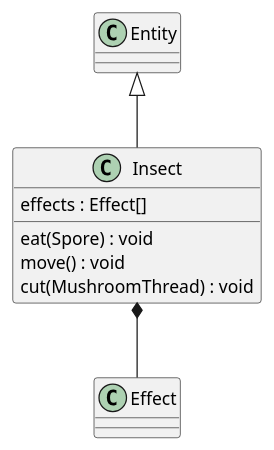
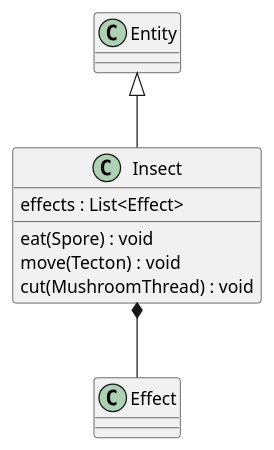
One commit to Petya-G/fungorium changed the diagram in 3/classes/insect.puml. Above: the diagram before and after it, drawn with PlantUML. The commit also changed 7 other files, not shown here.

```diff
--- a/3/classes/insect.puml
+++ b/3/classes/insect.puml
@@ -1,11 +1,11 @@
 @startuml insect
 
 Entity <|-- Insect
 Insect *-- Effect
 class Insect{
-    effects : Effect[]
+    effects : List<Effect>
     eat(Spore) : void
-    move() : void
+    move(Tecton) : void
     cut(MushroomThread) : void
 }
 @enduml
```
